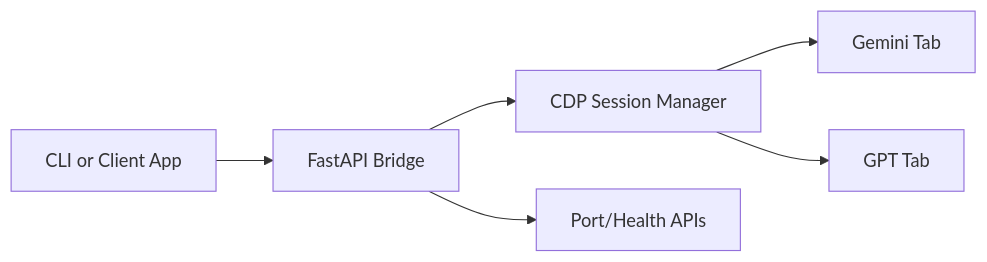
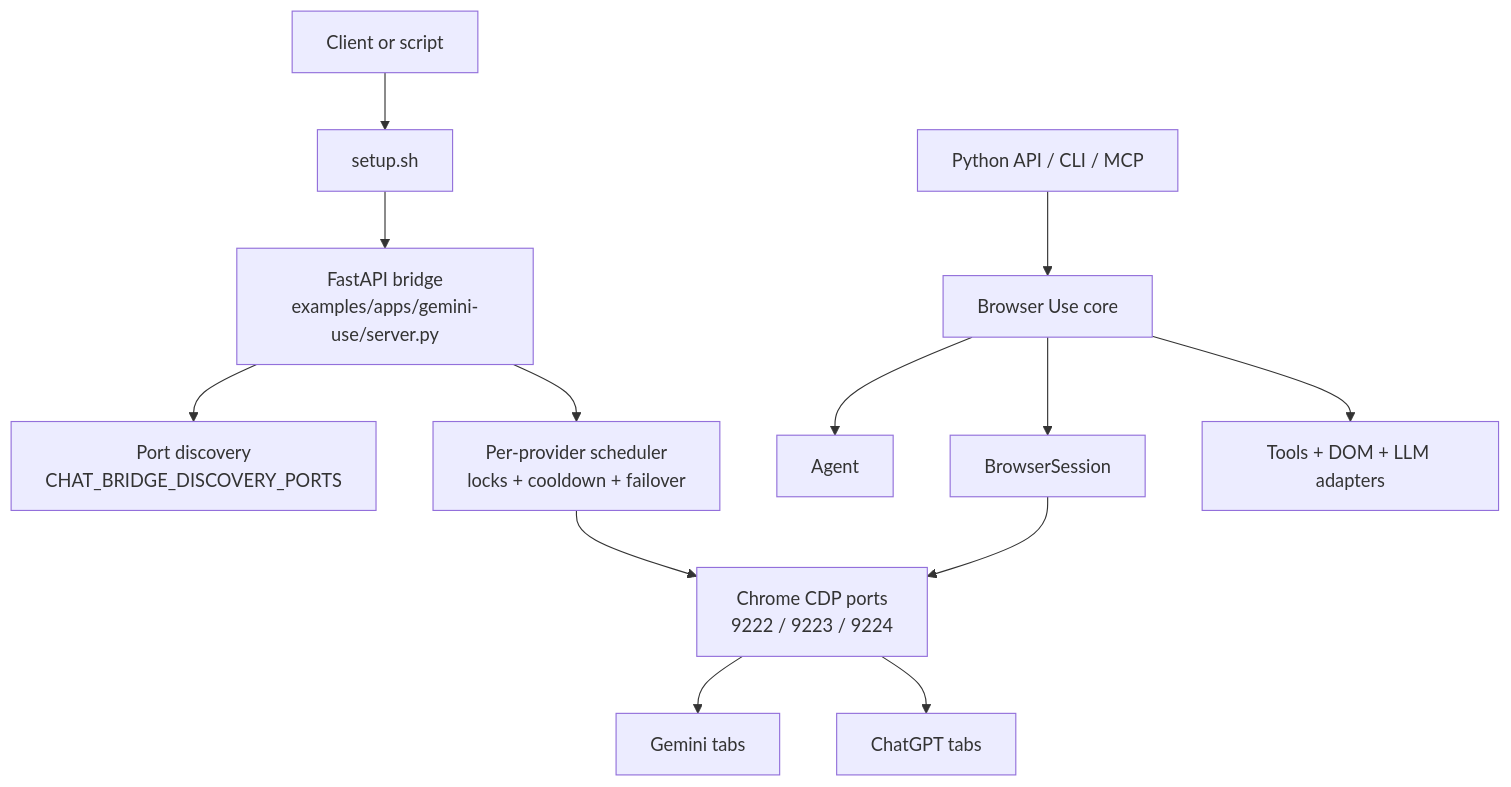
The diagram in README.md (baolnq-ai/toll-brouser-gpt-gemini), drawn with Mermaid before and after one commit. The commit also changed other lines of this file, not shown here.

````diff
--- a/README.md
+++ b/README.md
@@ -26,8 +54,16 @@
 ```mermaid
-flowchart LR
-    C[CLI or Client App] --> A[FastAPI Bridge]
-    A --> D[CDP Session Manager]
-    D --> G[Gemini Tab]
-    D --> P[GPT Tab]
-    A --> S[Port/Health APIs]
+flowchart TD
+    A[Client or script] --> B[setup.sh]
+    B --> C[FastAPI bridge\nexamples/apps/gemini-use/server.py]
+    C --> D[Port discovery\nCHAT_BRIDGE_DISCOVERY_PORTS]
+    C --> E[Per-provider scheduler\nlocks + cooldown + failover]
+    E --> F[Chrome CDP ports\n9222 / 9223 / 9224]
+    F --> G[Gemini tabs]
+    F --> H[ChatGPT tabs]
+
+    I[Python API / CLI / MCP] --> J[Browser Use core]
+    J --> K[Agent]
+    J --> L[BrowserSession]
+    J --> M[Tools + DOM + LLM adapters]
+    L --> F
 ```
````
